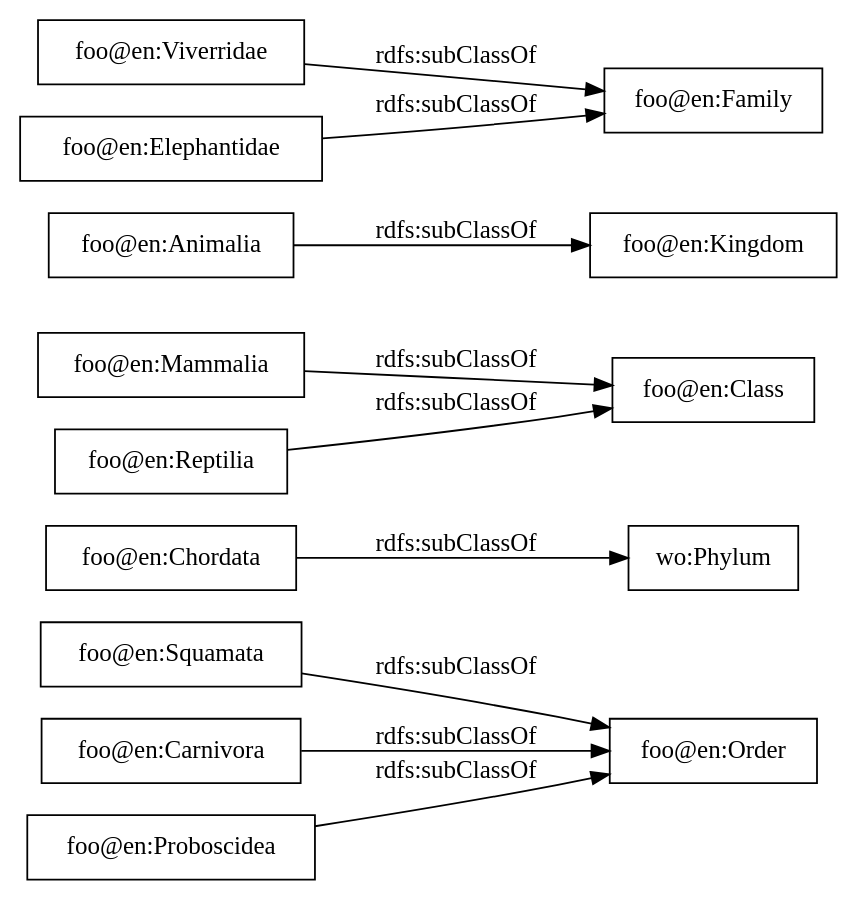
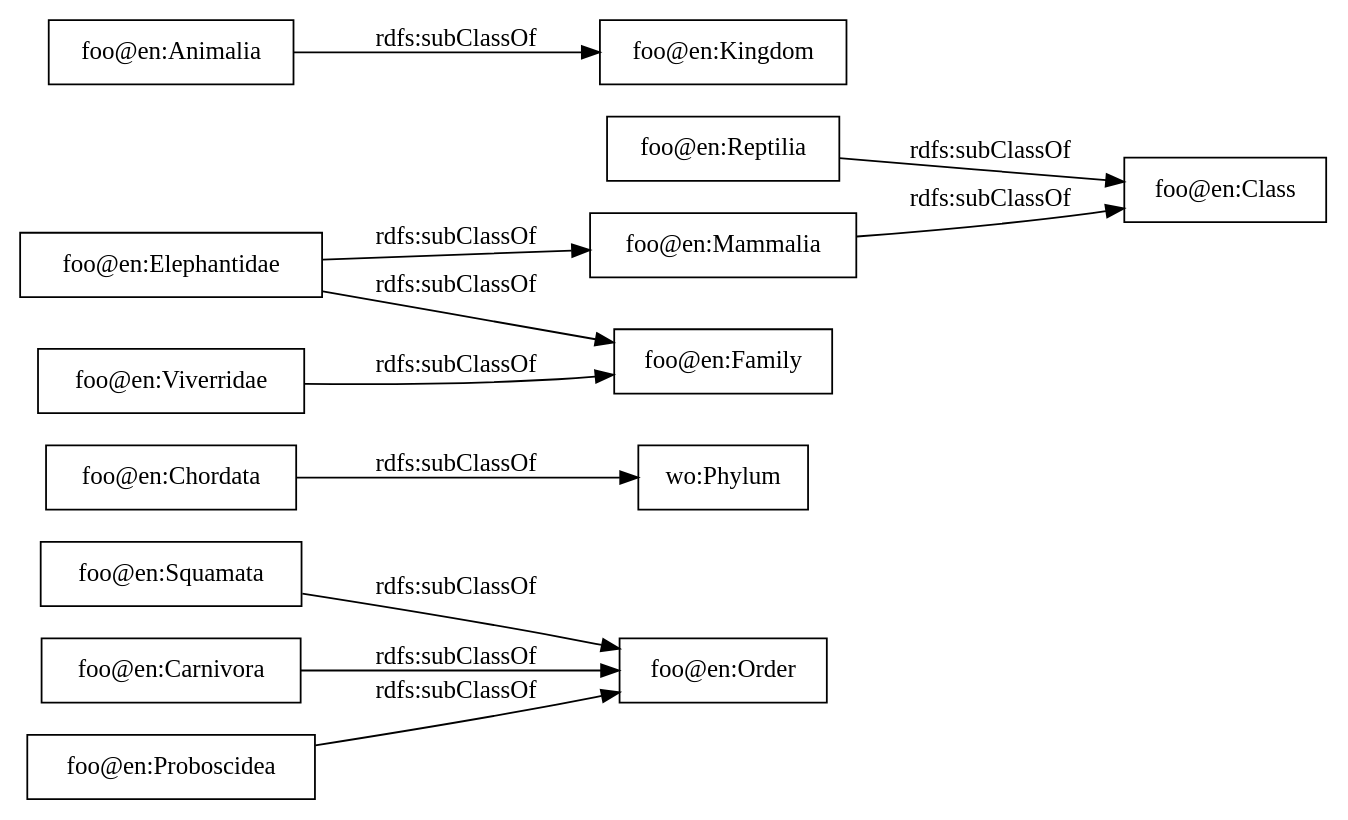
One commit to Naeima/foo_html changed the diagram in OnToology/index.ttl/diagrams/ar2dtool-taxonomy/index.ttl.png.dot. Above: the diagram before and after it, drawn with Graphviz. The commit also changed 11 other files, not shown here.

```diff
--- a/OnToology/index.ttl/diagrams/ar2dtool-taxonomy/index.ttl.png.dot
+++ b/OnToology/index.ttl/diagrams/ar2dtool-taxonomy/index.ttl.png.dot
@@ -1,15 +1,16 @@
 digraph ar2dtool_diagram { 
 rankdir=LR;
 size="1000"
 node [shape = rectangle, color="black"]; "foo@en:Squamata" "wo:Phylum" "foo@en:Mammalia" "foo@en:Animalia" "foo@en:Carnivora" "foo@en:Viverridae" "foo@en:Elephantidae" "foo@en:Reptilia" "foo@en:Chordata" "foo@en:Proboscidea" ; /*classes style*/
 	"foo@en:Reptilia" -> "foo@en:Class" [ label = "rdfs:subClassOf" ];
 	"foo@en:Chordata" -> "wo:Phylum" [ label = "rdfs:subClassOf" ];
 	"foo@en:Squamata" -> "foo@en:Order" [ label = "rdfs:subClassOf" ];
 	"foo@en:Proboscidea" -> "foo@en:Order" [ label = "rdfs:subClassOf" ];
+	"foo@en:Elephantidae" -> "foo@en:Mammalia" [ label = "rdfs:subClassOf" ];
 	"foo@en:Elephantidae" -> "foo@en:Family" [ label = "rdfs:subClassOf" ];
 	"foo@en:Viverridae" -> "foo@en:Family" [ label = "rdfs:subClassOf" ];
 	"foo@en:Carnivora" -> "foo@en:Order" [ label = "rdfs:subClassOf" ];
 	"foo@en:Animalia" -> "foo@en:Kingdom" [ label = "rdfs:subClassOf" ];
 	"foo@en:Mammalia" -> "foo@en:Class" [ label = "rdfs:subClassOf" ];
 
 }
```
